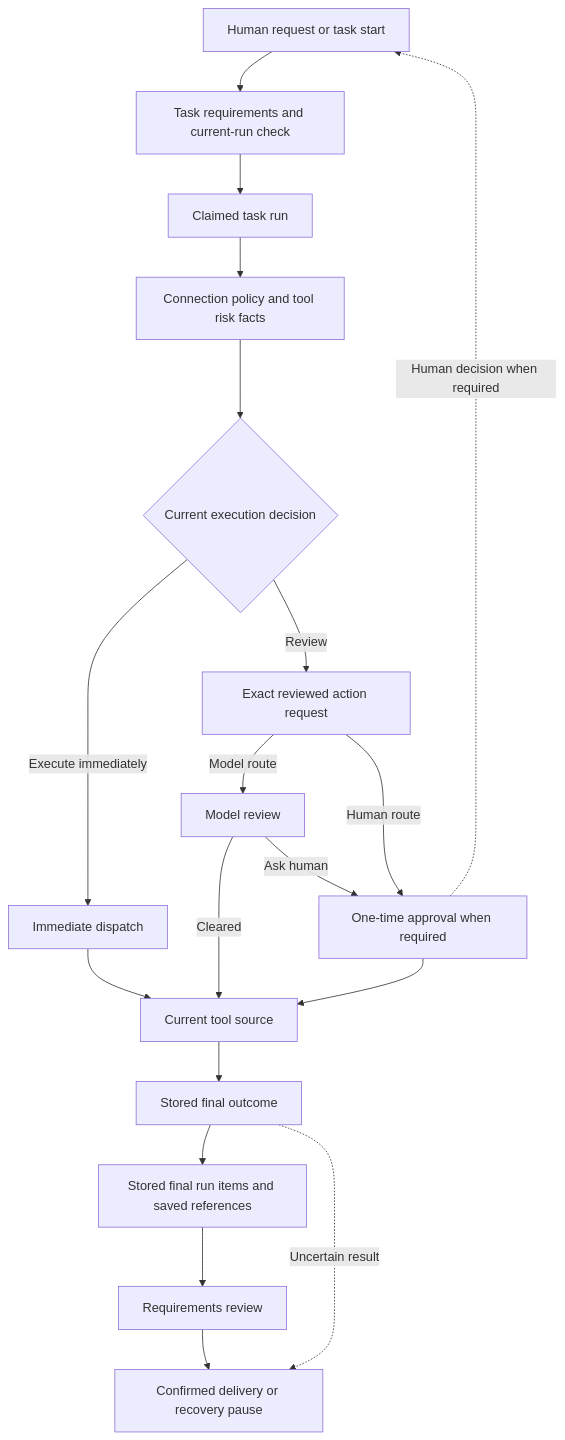
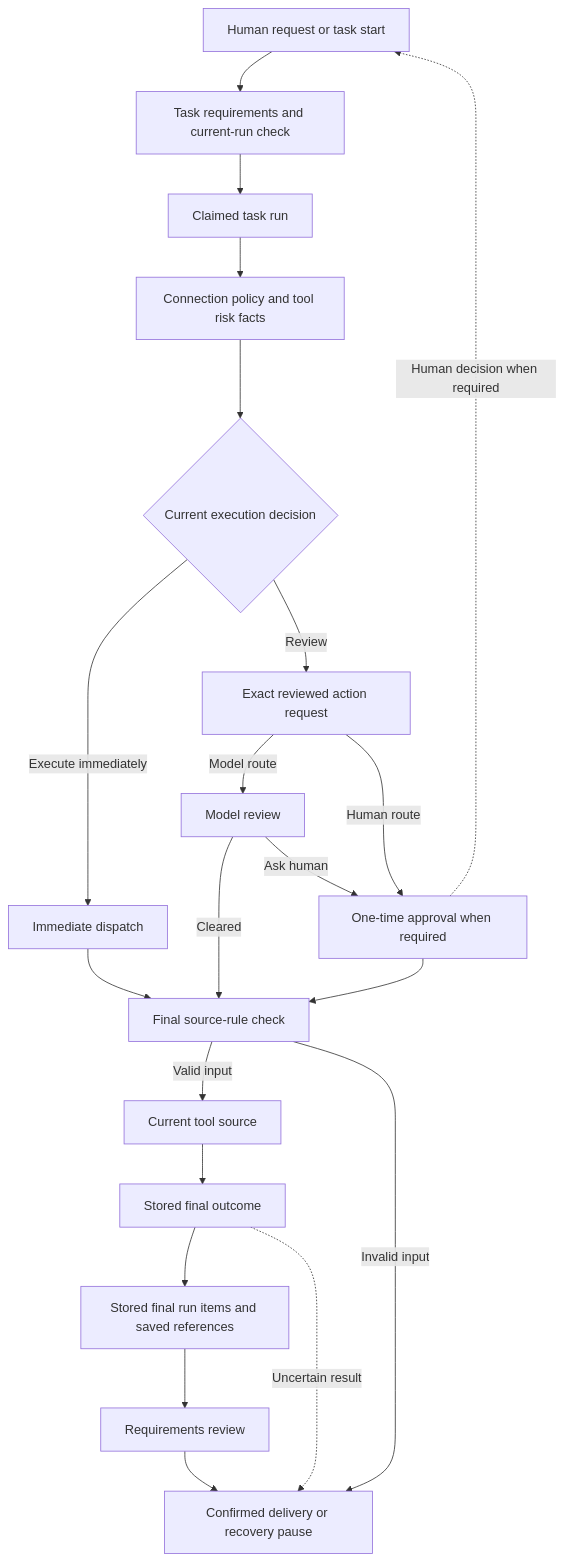
Before and after one commit to kpsuperplane/Noema: diagram 27 of 27 in docs/superpowers/plans/2026-08-08-noema-practical-reliability-roadmap.md, drawn with Mermaid. The commit also changed other lines of this file, not shown here.

Commit message:
docs: correct tool schema reliability plan

````diff
--- a/docs/superpowers/plans/2026-08-08-noema-practical-reliability-roadmap.md
+++ b/docs/superpowers/plans/2026-08-08-noema-practical-reliability-roadmap.md
@@ -1446,29 +1680,32 @@
 ```mermaid
 flowchart TD
     H["Human request or task start"]
     T["Task requirements and current-run check"]
     R["Claimed task run"]
     P["Connection policy and tool risk facts"]
     X{"Current execution decision"}
     I["Immediate dispatch"]
     A["Exact reviewed action request"]
     M["Model review"]
     G["One-time approval when required"]
+    S["Final source-rule check"]
     C["Current tool source"]
     O["Stored final outcome"]
     E["Stored final run items and saved references"]
     V["Requirements review"]
     D["Confirmed delivery or recovery pause"]
 
     H --> T --> R --> P --> X
-    X -->|Execute immediately| I --> C
+    X -->|Execute immediately| I --> S
     X -->|Review| A
     A -->|Model route| M
     A -->|Human route| G
-    M -->|Cleared| C
+    M -->|Cleared| S
     M -->|Ask human| G
-    G --> C
+    G --> S
+    S -->|Valid input| C
+    S -->|Invalid input| D
     C --> O --> E --> V --> D
     G -.->|Human decision when required| H
     O -.->|Uncertain result| D
 ```
````
